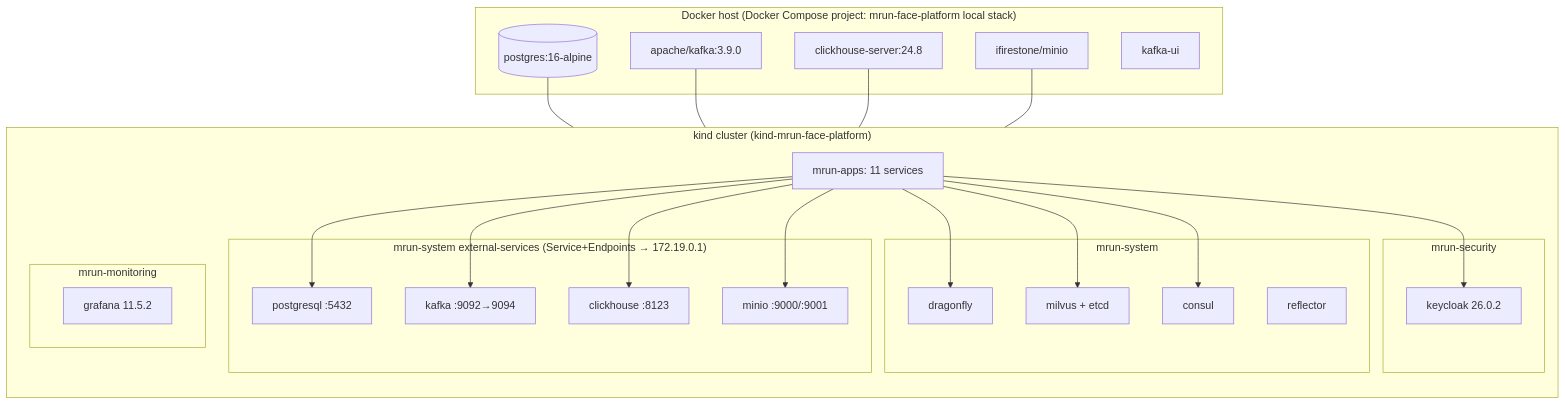
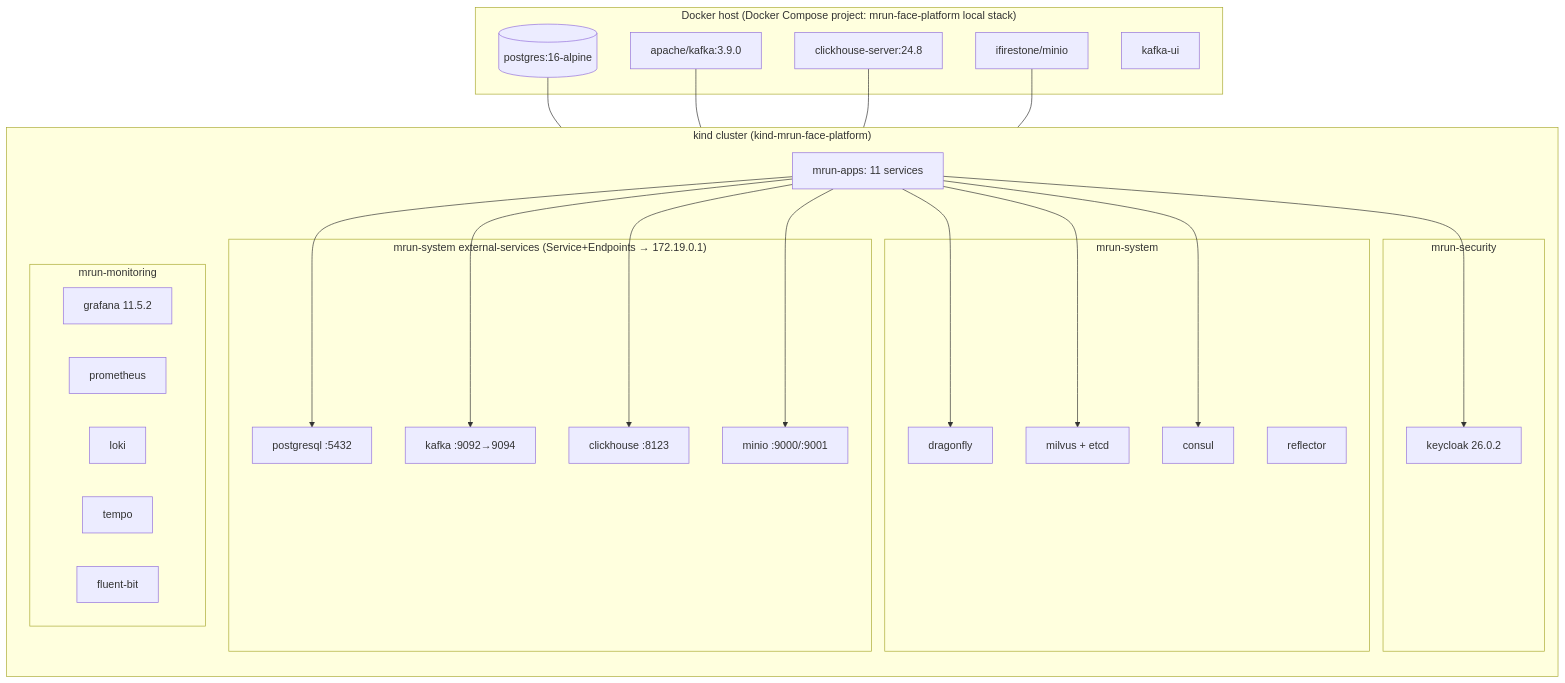
Before and after one commit to EmranRastadi/mrun-face-platform: the third of 4 diagrams in README.md, drawn with Mermaid. The commit also changed other lines of this file and 194 other files, not shown here.

````diff
--- a/README.md
+++ b/README.md
@@ -289,41 +288,45 @@
 ```mermaid
 flowchart TB
   subgraph Host["Docker host (Docker Compose project: mrun-face-platform local stack)"]
     CPG[(postgres:16-alpine)]
     CKAF[apache/kafka:3.9.0]
     CCH[clickhouse-server:24.8]
     CMIN[ifirestone/minio]
     KUI[kafka-ui]
   end
 
   subgraph Kind["kind cluster (kind-mrun-face-platform)"]
     direction TB
     subgraph Ext["mrun-system external-services (Service+Endpoints → 172.19.0.1)"]
       SPG[postgresql :5432]
       SKAF[kafka :9092→9094]
       SCH[clickhouse :8123]
       SMIN[minio :9000/:9001]
     end
     subgraph Sys["mrun-system"]
       DF[dragonfly]
       MV[milvus + etcd]
       DZ[consul]
       RF[reflector]
     end
     subgraph Sec["mrun-security"]
       KC[keycloak 26.0.2]
     end
     subgraph Mon["mrun-monitoring"]
       GF[grafana 11.5.2]
+      PR[prometheus]
+      LK[loki]
+      TP[tempo]
+      FB[fluent-bit]
     end
     Apps["mrun-apps: 11 services"]
   end
 
   CPG --- SPG
   CKAF --- SKAF
   CCH --- SCH
   CMIN --- SMIN
   Apps --> SPG & SKAF & SCH & SMIN
   Apps --> DF & MV & DZ
   Apps --> KC
 ```
````
